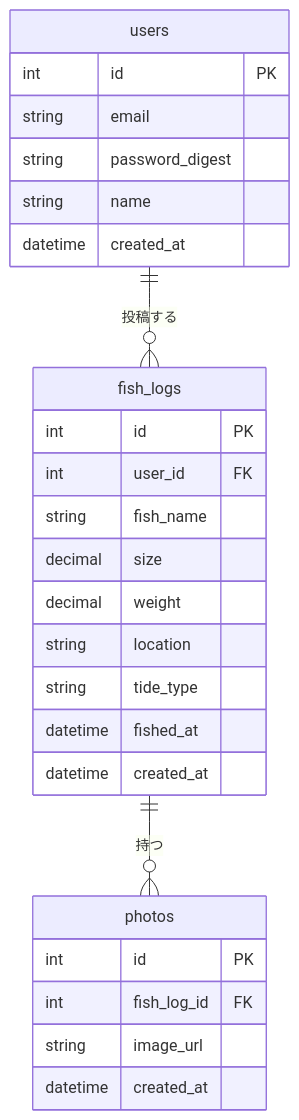
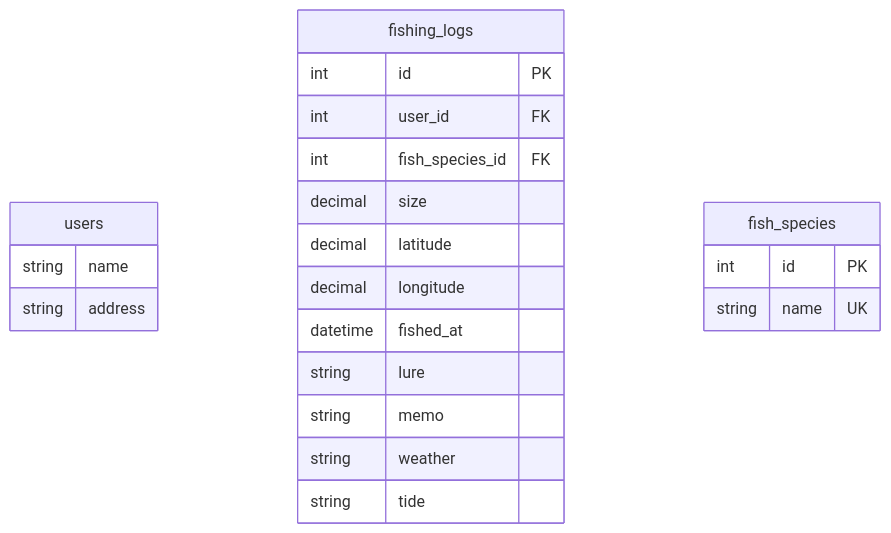
One commit to yusakumer/fishing_app changed the diagram in README.md. Above: the diagram before and after it, drawn with Mermaid. The commit also changed other lines of this file, not shown here.

Commit message:
ER図作成

````diff
--- a/README.md
+++ b/README.md
@@ -2,32 +3,28 @@
 ```mermaid
 erDiagram
-  users ||--o{ fish_logs : "投稿する"
-  fish_logs ||--o{ photos : "持つ"
 
-  users {
-    int id PK
-    string email
-    string password_digest
+users {
     string name
-    datetime created_at
-  }
+    string address
+}
 
-  fish_logs {
+fishing_logs {
     int id PK
     int user_id FK
-    string fish_name
+    int fish_species_id FK
     decimal size
-    decimal weight
-    string location
-    string tide_type
+    decimal latitude
+    decimal longitude
     datetime fished_at
-    datetime created_at
-  }
+    string lure
+    string memo
+    string weather
+    string tide
+}
 
-  photos {
+fish_species {
     int id PK
-    int fish_log_id FK
-    string image_url
-    datetime created_at
-  }
+    string name UK
+}
+
 ```
````
